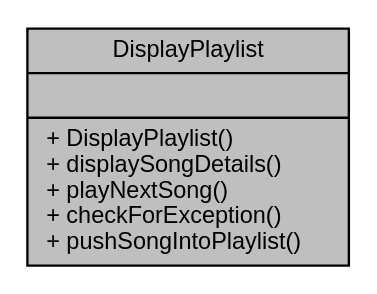
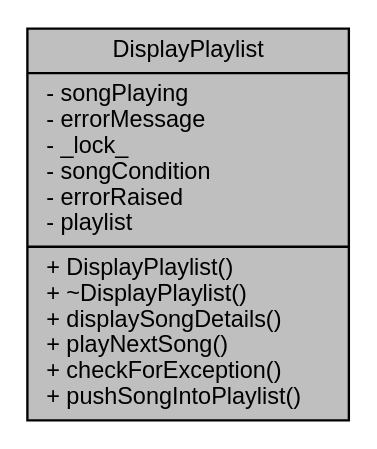
The diagram in Documentation/classDisplayPlaylist__coll__graph.dot (Dharmil-Shah3/Music_Player-using-CPP), drawn with Graphviz before and after one commit. The commit also changed 70 other files, not shown here.

```diff
--- a/Documentation/classDisplayPlaylist__coll__graph.dot
+++ b/Documentation/classDisplayPlaylist__coll__graph.dot
@@ -1,7 +1,7 @@
 digraph "DisplayPlaylist"
 {
  // LATEX_PDF_SIZE
   edge [fontname="Helvetica",fontsize="10",labelfontname="Helvetica",labelfontsize="10"];
   node [fontname="Helvetica",fontsize="10",shape=record];
-  Node1 [label="{DisplayPlaylist\n||+ DisplayPlaylist()\l+ displaySongDetails()\l+ playNextSong()\l+ checkForException()\l+ pushSongIntoPlaylist()\l}",height=0.2,width=0.4,color="black", fillcolor="grey75", style="filled", fontcolor="black",tooltip="The DisplayData class."];
+  Node1 [label="{DisplayPlaylist\n|- songPlaying\l- errorMessage\l- _lock_\l- songCondition\l- errorRaised\l- playlist\l|+ DisplayPlaylist()\l+ ~DisplayPlaylist()\l+ displaySongDetails()\l+ playNextSong()\l+ checkForException()\l+ pushSongIntoPlaylist()\l}",height=0.2,width=0.4,color="black", fillcolor="grey75", style="filled", fontcolor="black",tooltip="The DisplayData class."];
 }
```
